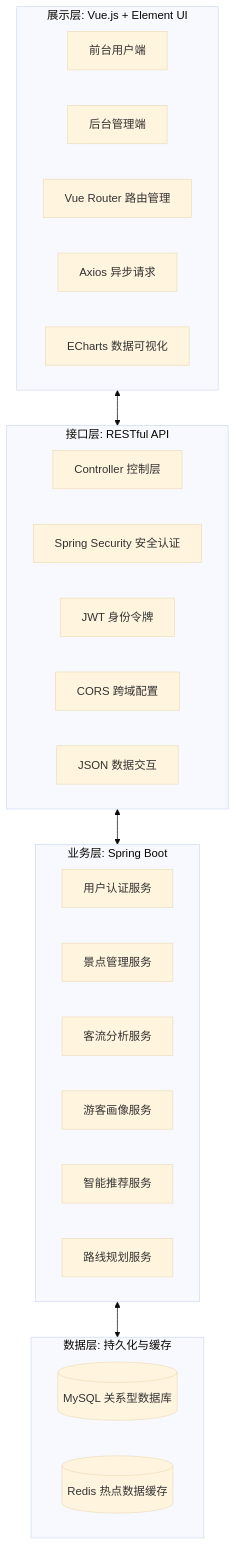
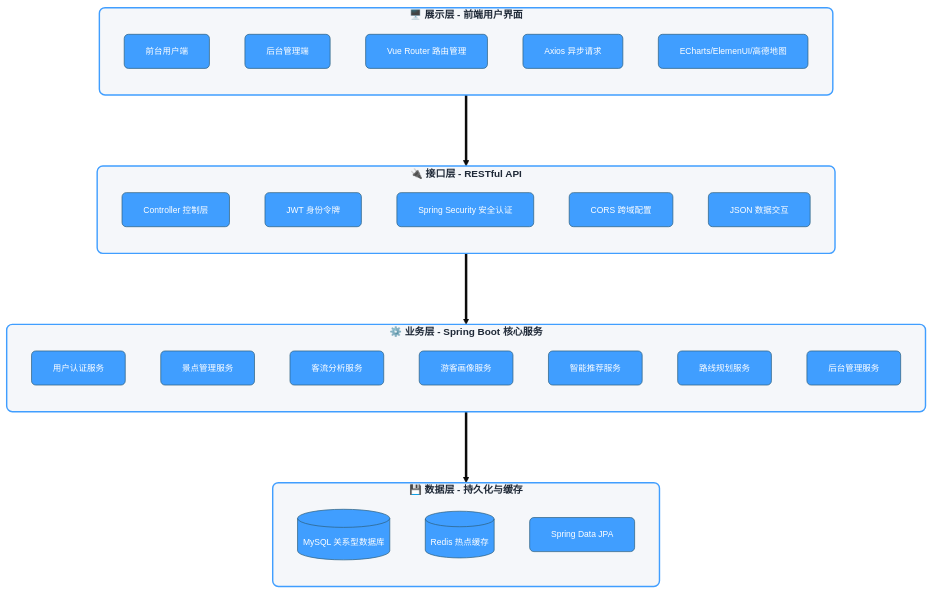
Before and after one commit to absdghd/iodraw-files: the diagram in all/未命名.md, drawn with Mermaid (base theme).

Commit message:
2026-05-13 15:32:51 update

````diff
--- a/all/未命名.md
+++ b/all/未命名.md
@@ -1,38 +1,56 @@
 ```mermaid
 graph TD
-    subgraph Presentation_Layer [展示层: Vue.js + Element UI]
-        direction LR
-        User_Terminal[前台用户端]
-        Admin_Terminal[后台管理端]
-        Vue_Router[Vue Router 路由管理]
-        Axios[Axios 异步请求]
-        ECharts[ECharts 数据可视化]
+    subgraph Presentation_Layer [🖥️ 展示层 - 前端用户界面]
+        direction TB
+        P1[前台用户端]
+        P2[后台管理端]
+        P3[Vue Router 路由管理]
+        P4[Axios 异步请求]
+        P5[ECharts/ElemenUI/高德地图]
     end
 
-    subgraph Interface_Layer [接口层: RESTful API]
-        Controller[Controller 控制层]
-        Spring_Security[Spring Security 安全认证]
-        JWT[JWT 身份令牌]
-        CORS[CORS 跨域配置]
-        JSON[JSON 数据交互]
+    subgraph Interface_Layer [🔌 接口层 - RESTful API]
+        direction TB
+        I1[Controller 控制层]
+        I2[JWT 身份令牌]
+        I3[Spring Security 安全认证]
+        I4[CORS 跨域配置]
+        I5[JSON 数据交互]
     end
 
-    subgraph Business_Layer [业务层: Spring Boot]
-        Auth_Service[用户认证服务]
-        Scenic_Service[景点管理服务]
-        Traffic_Service[客流分析服务]
-        Profile_Service[游客画像服务]
-        Recommend_Service[智能推荐服务]
-        Route_Service[路线规划服务]
+    subgraph Business_Layer [⚙️ 业务层 - Spring Boot 核心服务]
+        direction TB
+        B1[用户认证服务]
+        B2[景点管理服务]
+        B3[客流分析服务]
+        B4[游客画像服务]
+        B5[智能推荐服务]
+        B6[路线规划服务]
+        B7[后台管理服务]
     end
 
-    subgraph Data_Layer [数据层: 持久化与缓存]
-        MySQL[("MySQL 关系型数据库")]
-        Redis[("Redis 热点数据缓存")]
+    subgraph Data_Layer [💾 数据层 - 持久化与缓存]
+        direction TB
+        D1[(MySQL 关系型数据库)]
+        D2[(Redis 热点缓存)]
+        D3[Spring Data JPA]
     end
 
-    Presentation_Layer <--> Interface_Layer
-    Interface_Layer <--> Business_Layer
-    Business_Layer <--> Data_Layer
+    %% 层级之间的连接
+    Presentation_Layer ===> Interface_Layer
+    Interface_Layer ===> Business_Layer
+    Business_Layer ===> Data_Layer
 
+    %% 样式定义 - 统一所有矩形样式
+    classDef layerStyle fill:#f5f7fa,stroke:#409EFF,stroke-width:2px,color:#1f2937,font-weight:bold,font-size:14px,rx:8px,ry:8px
+    classDef nodeStyle fill:#409EFF,stroke:#2d5f7e,stroke-width:1px,color:#FFFFFF,font-size:12px,font-weight:normal,rx:6px,ry:6px
+    
+    %% 应用样式到各层
+    class Presentation_Layer,Interface_Layer,Business_Layer,Data_Layer layerStyle
+    
+    %% 应用样式到所有节点
+    class P1,P2,P3,P4,P5 nodeStyle
+    class I1,I2,I3,I4,I5 nodeStyle
+    class B1,B2,B3,B4,B5,B6,B7 nodeStyle
+    class D1,D2,D3 nodeStyle
 ```
````
